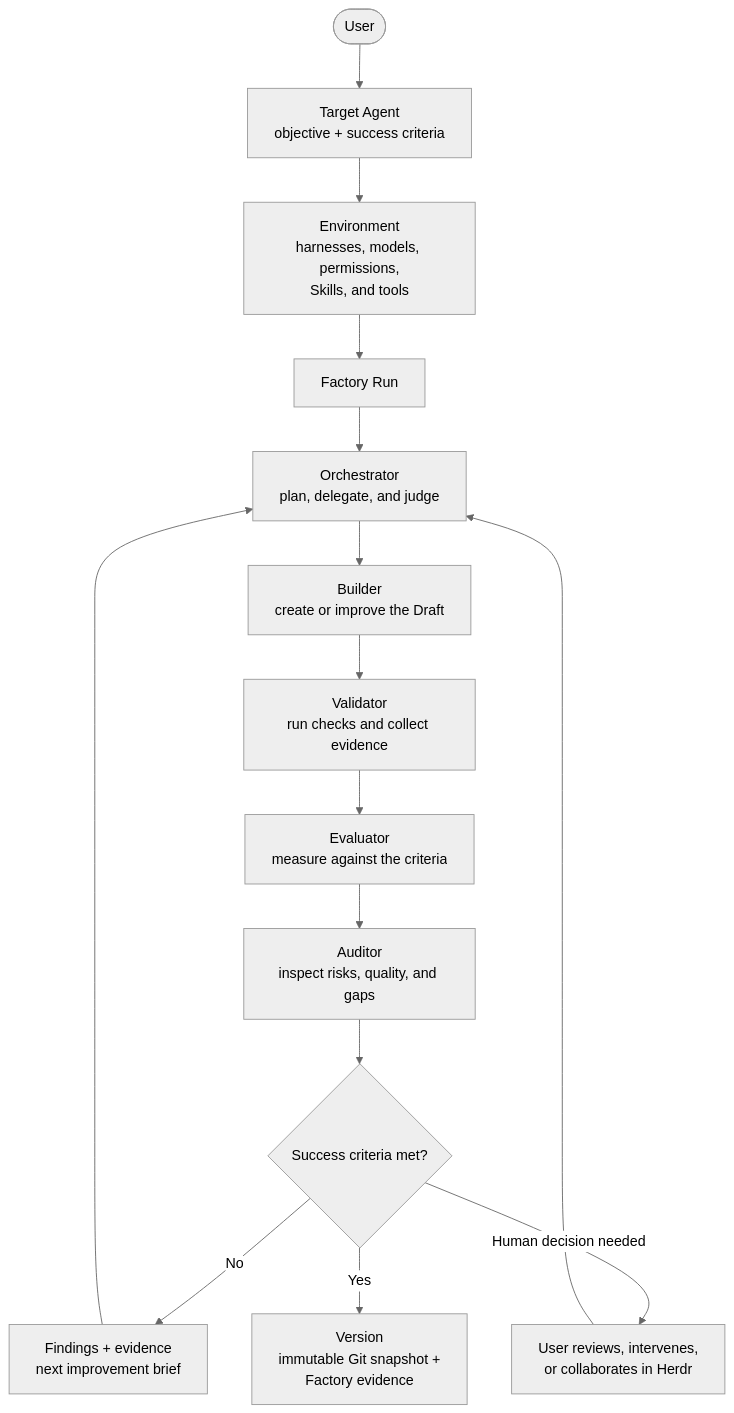
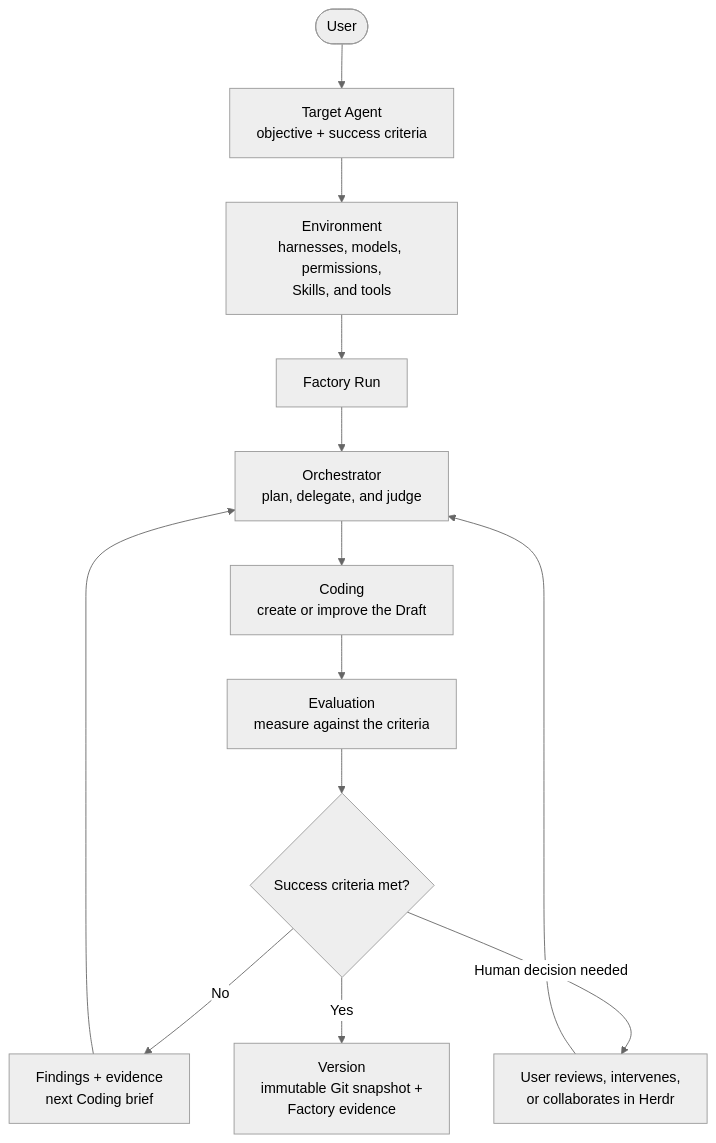
Before and after one commit to ravikanchikare/herdr-agent-factory: the first of 2 diagrams in README.md, drawn with Mermaid (neutral theme). The commit also changed other lines of this file and 19 other files, not shown here.

````diff
--- a/README.md
+++ b/README.md
@@ -43,19 +43,17 @@
 ```mermaid
 flowchart TD
     user([User]) --> definition["Target Agent<br/>objective + success criteria"]
     definition --> environment["Environment<br/>harnesses, models, permissions,<br/>Skills, and tools"]
     environment --> run["Factory Run"]
     run --> orchestrator["Orchestrator<br/>plan, delegate, and judge"]
 
-    orchestrator --> builder["Builder<br/>create or improve the Draft"]
-    builder --> validator["Validator<br/>run checks and collect evidence"]
-    validator --> evaluator["Evaluator<br/>measure against the criteria"]
-    evaluator --> auditor["Auditor<br/>inspect risks, quality, and gaps"]
-    auditor --> gate{"Success criteria met?"}
+    orchestrator --> coding["Coding<br/>create or improve the Draft"]
+    coding --> evaluation["Evaluation<br/>measure against the criteria"]
+    evaluation --> gate{"Success criteria met?"}
 
-    gate -->|No| findings["Findings + evidence<br/>next improvement brief"]
+    gate -->|No| findings["Findings + evidence<br/>next Coding brief"]
     findings --> orchestrator
     gate -->|Human decision needed| intervention["User reviews, intervenes,<br/>or collaborates in Herdr"]
     intervention --> orchestrator
     gate -->|Yes| version["Version<br/>immutable Git snapshot +<br/>Factory evidence"]
 ```
````
